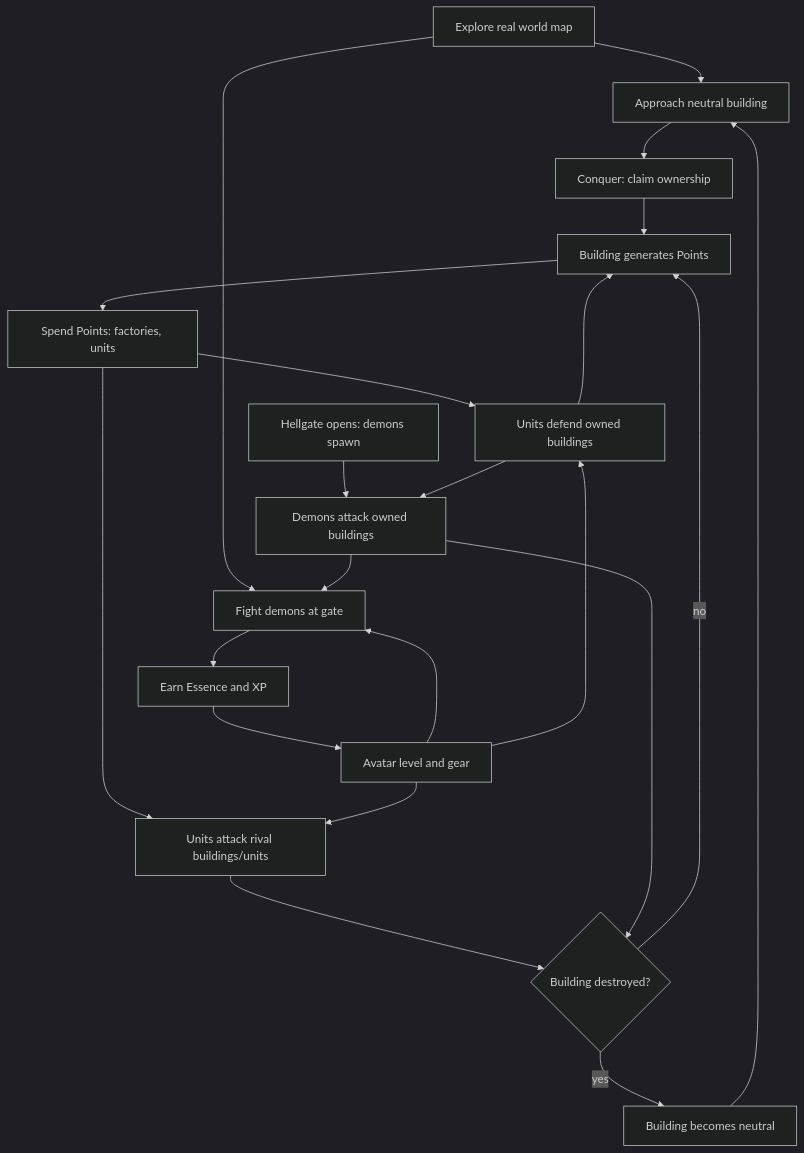
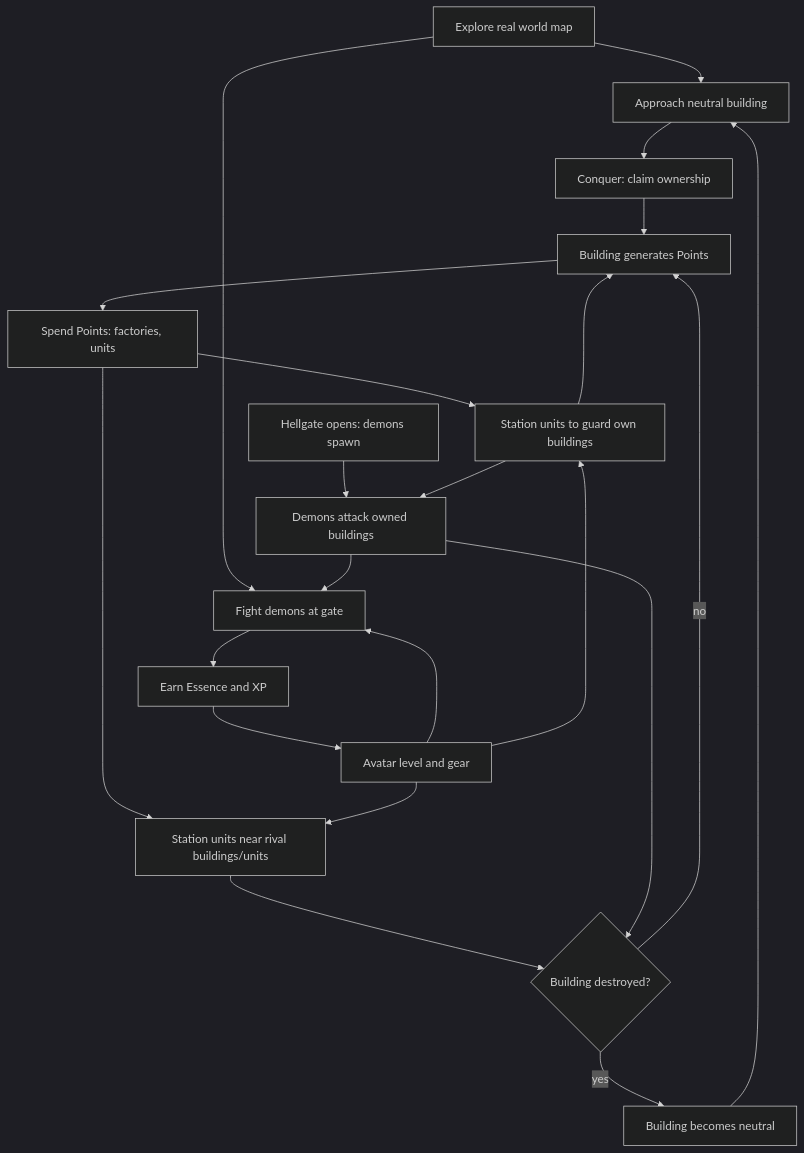
Before and after one commit to jhofer/ar-map-game: the first of 14 diagrams in docs/GAME_DESIGN.md, drawn with Mermaid (dark theme). The commit also changed other lines of this file, not shown here.

First line of the commit message:
Replace unit orders with station and leash model

````diff
--- a/docs/GAME_DESIGN.md
+++ b/docs/GAME_DESIGN.md
@@ -32,24 +32,24 @@
 ```mermaid
 flowchart TD
     A[Explore real world map] --> B[Approach neutral building]
     B --> C[Conquer: claim ownership]
     C --> D[Building generates Points]
     D --> E[Spend Points: factories, units]
-    E --> F[Units defend owned buildings]
-    E --> G[Units attack rival buildings/units]
+    E --> F[Station units to guard own buildings]
+    E --> G[Station units near rival buildings/units]
     G --> H{Building destroyed?}
     H -->|yes| I[Building becomes neutral]
     H -->|no| D
     I --> B
     F --> D
     X[Hellgate opens: demons spawn] --> Y[Demons attack owned buildings]
     Y --> H
     F --> Y
     A --> J[Fight demons at gate]
     Y --> J
     J --> K[Earn Essence and XP]
     K --> L[Avatar level and gear]
     L --> J
     L --> G
     L --> F
 ```
````
